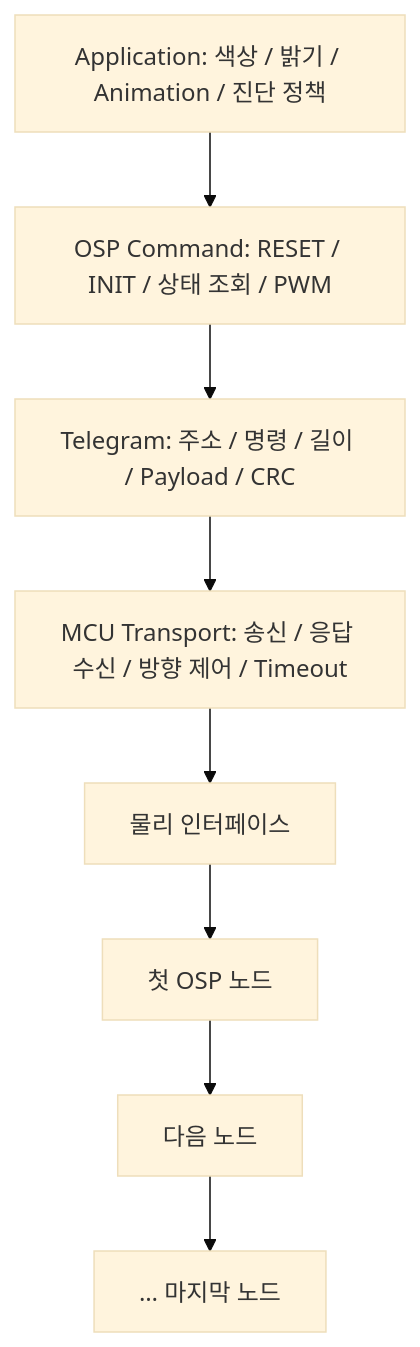
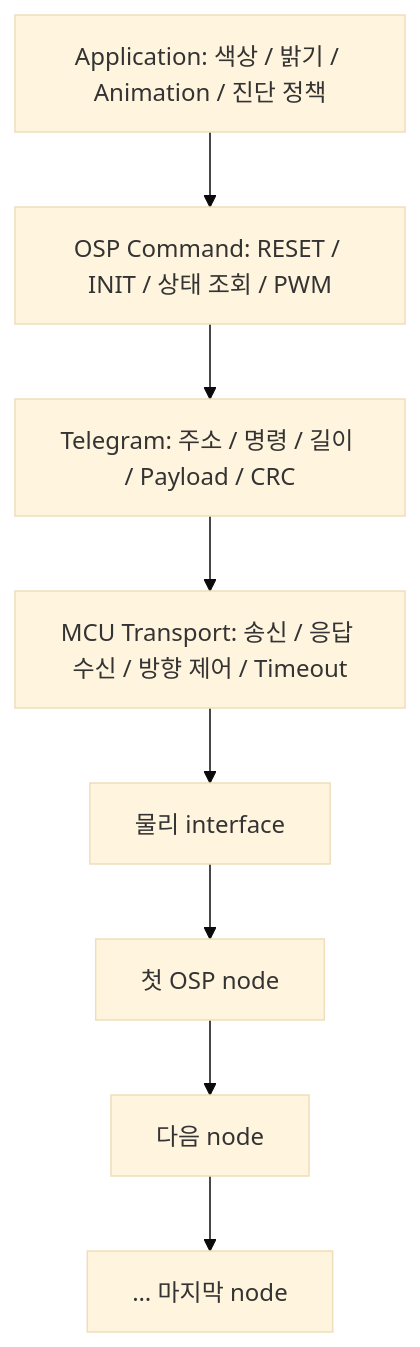
Before and after one commit to HyeonGyu-Lee/HyeonGyu-Lee.github.io: the diagram in docs/차량_통신/OSP.md, drawn with Mermaid (base theme). The commit also changed other lines of this file and 81 other files, not shown here.

````diff
--- a/docs/차량_통신/OSP.md
+++ b/docs/차량_통신/OSP.md
@@ -41,7 +41,7 @@
 ```mermaid
 flowchart TD
  A["Application: 색상 / 밝기 / Animation / 진단 정책"] --> B["OSP Command: RESET / INIT / 상태 조회 / PWM"]
  B --> C["Telegram: 주소 / 명령 / 길이 / Payload / CRC"]
  C --> D["MCU Transport: 송신 / 응답 수신 / 방향 제어 / Timeout"]
- D --> E["물리 인터페이스"] --> N1["첫 OSP 노드"] --> N2["다음 노드"] --> NN["… 마지막 노드"]
+ D --> E["물리 interface"] --> N1["첫 OSP node"] --> N2["다음 node"] --> NN["… 마지막 node"]
 ```
````
